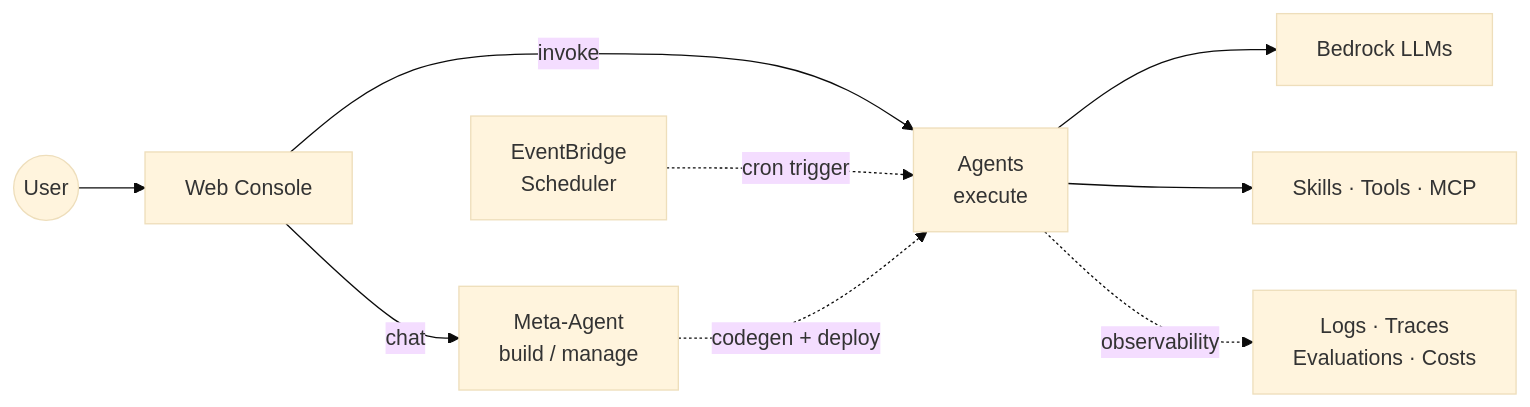
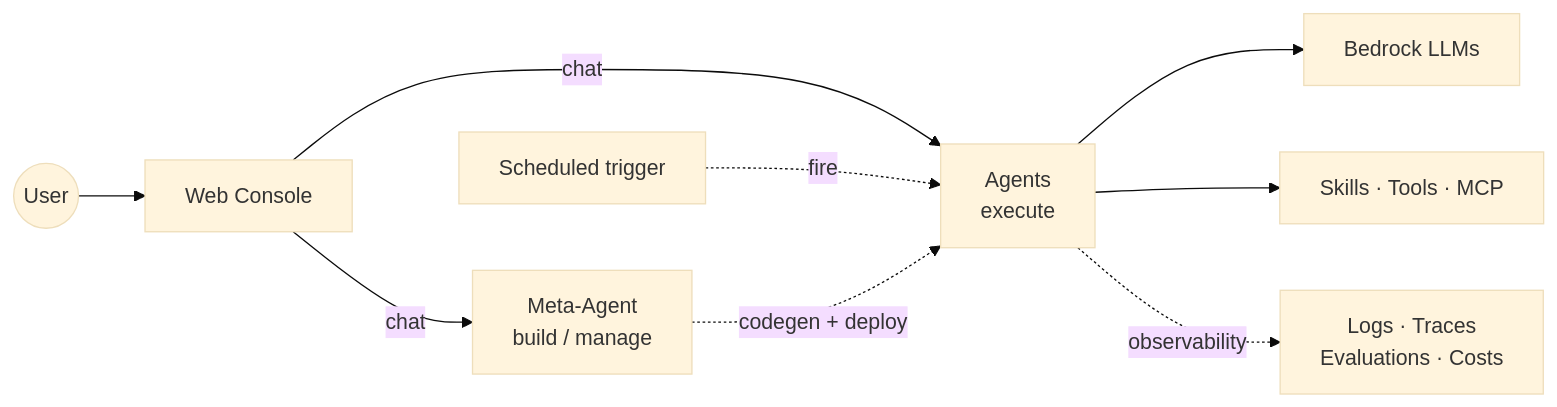
The second of 2 diagrams in README.md (ddpie/agent-studio), drawn with Mermaid (base theme) before and after one commit. The commit also changed other lines of this file, not shown here.

Commit message:
docs(readme): abstract Scheduler to '定时器', unify Web→Agents as chat

````diff
--- a/README.md
+++ b/README.md
@@ -104,12 +104,12 @@
 ```mermaid
 graph LR
     User((User)) --> Web[Web Console]
-    EB[EventBridge<br/>Scheduler]
+    Cron[Scheduled trigger]
     Web -->|chat| Meta[Meta-Agent<br/>build / manage]
-    Web -->|invoke| Agents[Agents<br/>execute]
-    EB -.cron trigger.-> Agents
+    Web -->|chat| Agents[Agents<br/>execute]
+    Cron -.fire.-> Agents
     Meta -.codegen + deploy.-> Agents
     Agents --> LLM[Bedrock LLMs]
     Agents --> Ext[Skills · Tools · MCP]
     Agents -.observability.-> Obs[Logs · Traces<br/>Evaluations · Costs]
 ```
````
